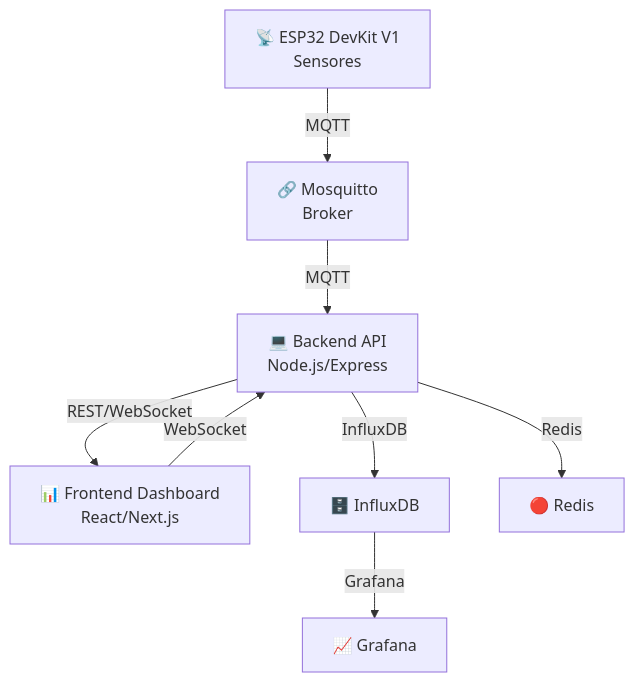
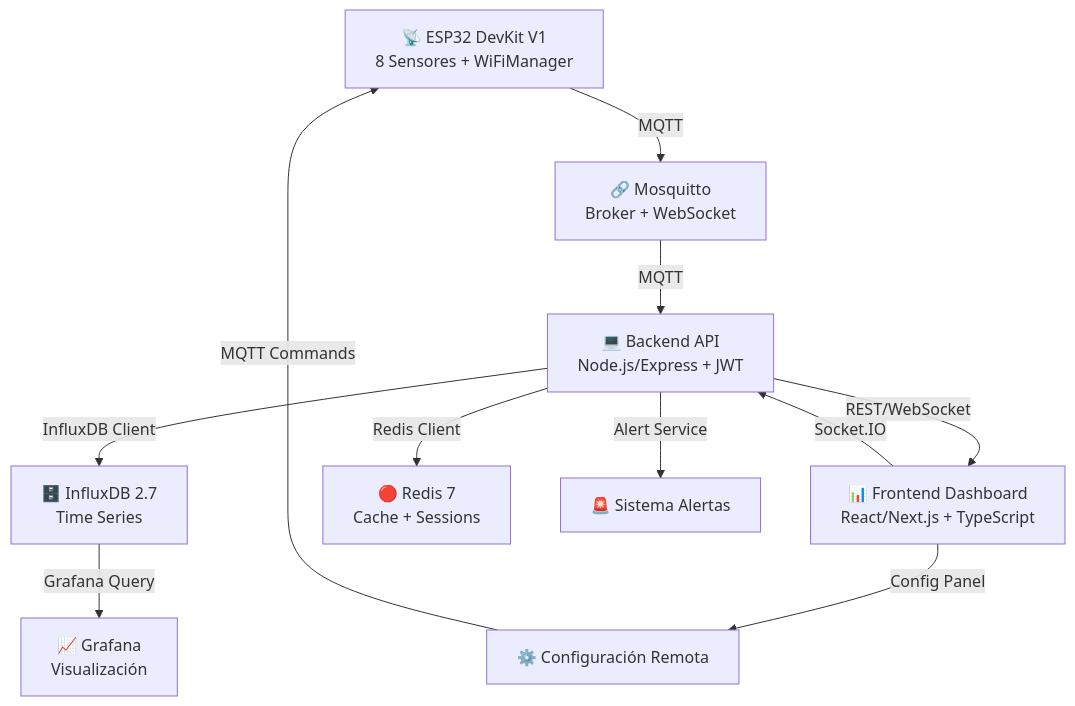
Before and after one commit to clulloa1983/estacion-metereologica: the diagram in README.md, drawn with Mermaid. The commit also changed other lines of this file and 5 other files, not shown here.

First line of the commit message:
feat: Enhance backend and frontend documentation with new features, remote configuration, and testing details

````diff
--- a/README.md
+++ b/README.md
@@ -27,10 +28,13 @@
 ```mermaid
 flowchart TD
-    ESP32["📡 ESP32 DevKit V1<br/>Sensores"] -->|MQTT| MQTTBroker["🔗 Mosquitto<br/>Broker"]
-    MQTTBroker -->|MQTT| Backend["💻 Backend API<br/>Node.js/Express"]
-    Backend -->|REST/WebSocket| Frontend["📊 Frontend Dashboard<br/>React/Next.js"]
-    Backend -->|InfluxDB| InfluxDB["🗄️ InfluxDB"]
-    Backend -->|Redis| Redis["🔴 Redis"]
-    Frontend -->|WebSocket| Backend
-    InfluxDB -->|Grafana| Grafana["📈 Grafana"]
+    ESP32["📡 ESP32 DevKit V1<br/>8 Sensores + WiFiManager"] -->|MQTT| MQTTBroker["🔗 Mosquitto<br/>Broker + WebSocket"]
+    MQTTBroker -->|MQTT| Backend["💻 Backend API<br/>Node.js/Express + JWT"]
+    Backend -->|REST/WebSocket| Frontend["📊 Frontend Dashboard<br/>React/Next.js + TypeScript"]
+    Backend -->|InfluxDB Client| InfluxDB["🗄️ InfluxDB 2.7<br/>Time Series"]
+    Backend -->|Redis Client| Redis["🔴 Redis 7<br/>Cache + Sessions"]
+    Frontend -->|Socket.IO| Backend
+    InfluxDB -->|Grafana Query| Grafana["📈 Grafana<br/>Visualización"]
+    Backend -->|Alert Service| AlertSystem["🚨 Sistema Alertas"]
+    Frontend -->|Config Panel| ConfigSystem["⚙️ Configuración Remota"]
+    ConfigSystem -->|MQTT Commands| ESP32
 ```
````
